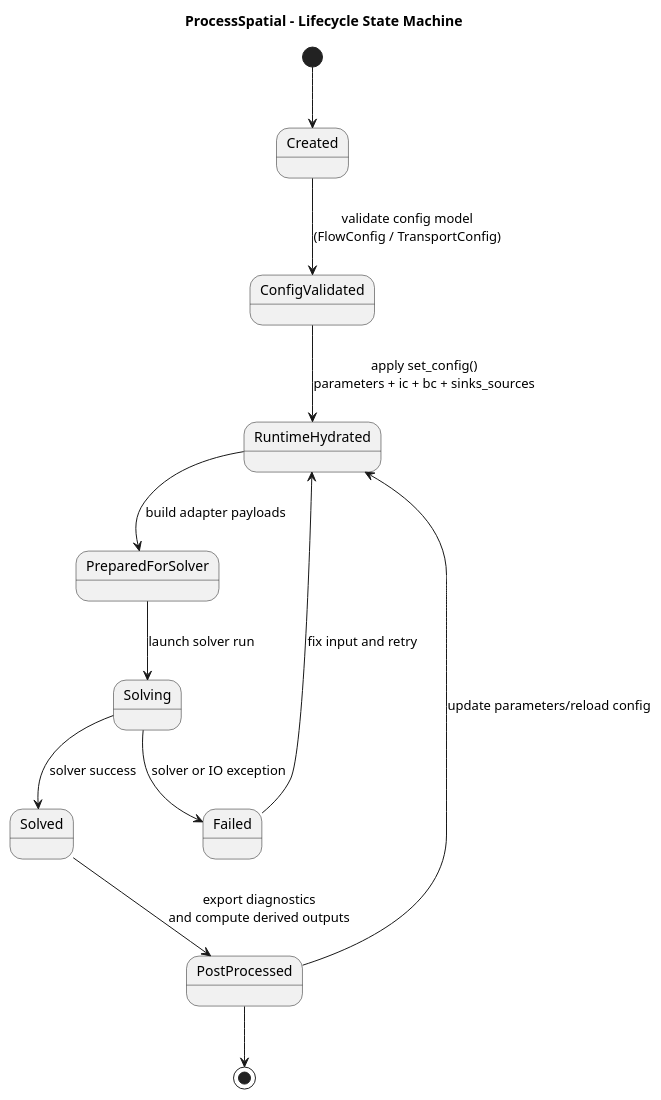
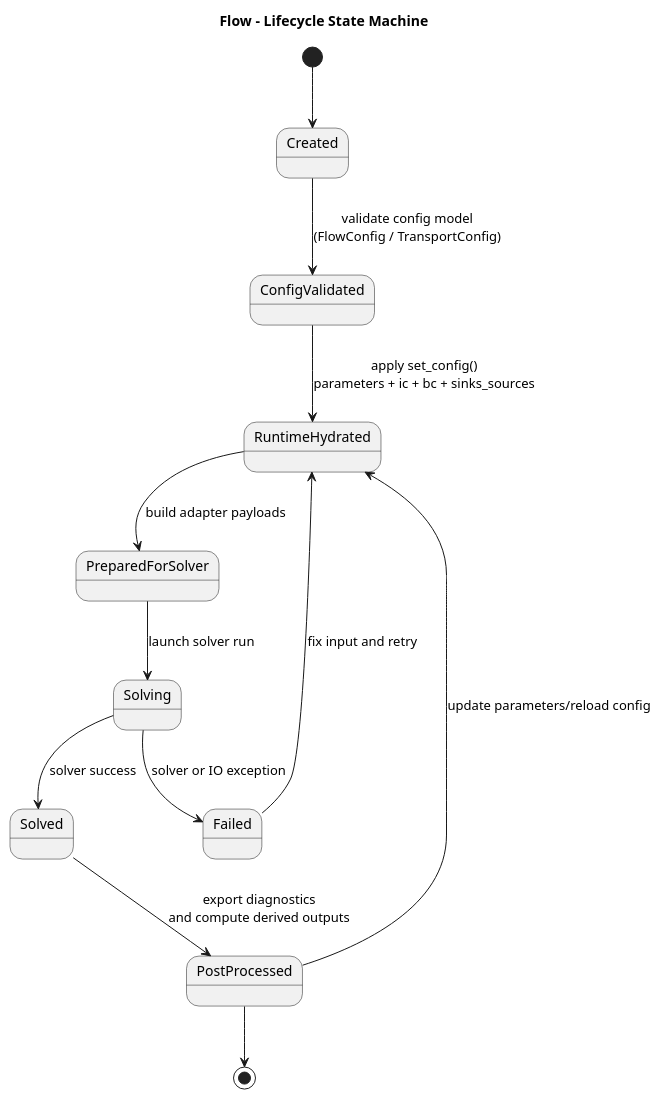
Before and after one commit to HydroModPy/HydroModPy: the diagram in docs/source/contribute/architecture/process/diagrams/process_spatial_lifecycle_state.wsd, drawn with PlantUML. The commit also changed 1458 other files, not shown here.

```diff
--- a/docs/source/contribute/architecture/process/diagrams/process_spatial_lifecycle_state.wsd
+++ b/docs/source/contribute/architecture/process/diagrams/process_spatial_lifecycle_state.wsd
@@ -1,19 +1,19 @@
 @startuml
-title ProcessSpatial - Lifecycle State Machine
+title Flow - Lifecycle State Machine
 
 [*] --> Created
 
 Created --> ConfigValidated : validate config model\n(FlowConfig / TransportConfig)
 ConfigValidated --> RuntimeHydrated : apply set_config()\nparameters + ic + bc + sinks_sources
 RuntimeHydrated --> PreparedForSolver : build adapter payloads
 PreparedForSolver --> Solving : launch solver run
 
 Solving --> Solved : solver success
 Solving --> Failed : solver or IO exception
 
 Solved --> PostProcessed : export diagnostics\nand compute derived outputs
 PostProcessed --> RuntimeHydrated : update parameters/reload config
 Failed --> RuntimeHydrated : fix input and retry
 
 PostProcessed --> [*]
 @enduml
```
